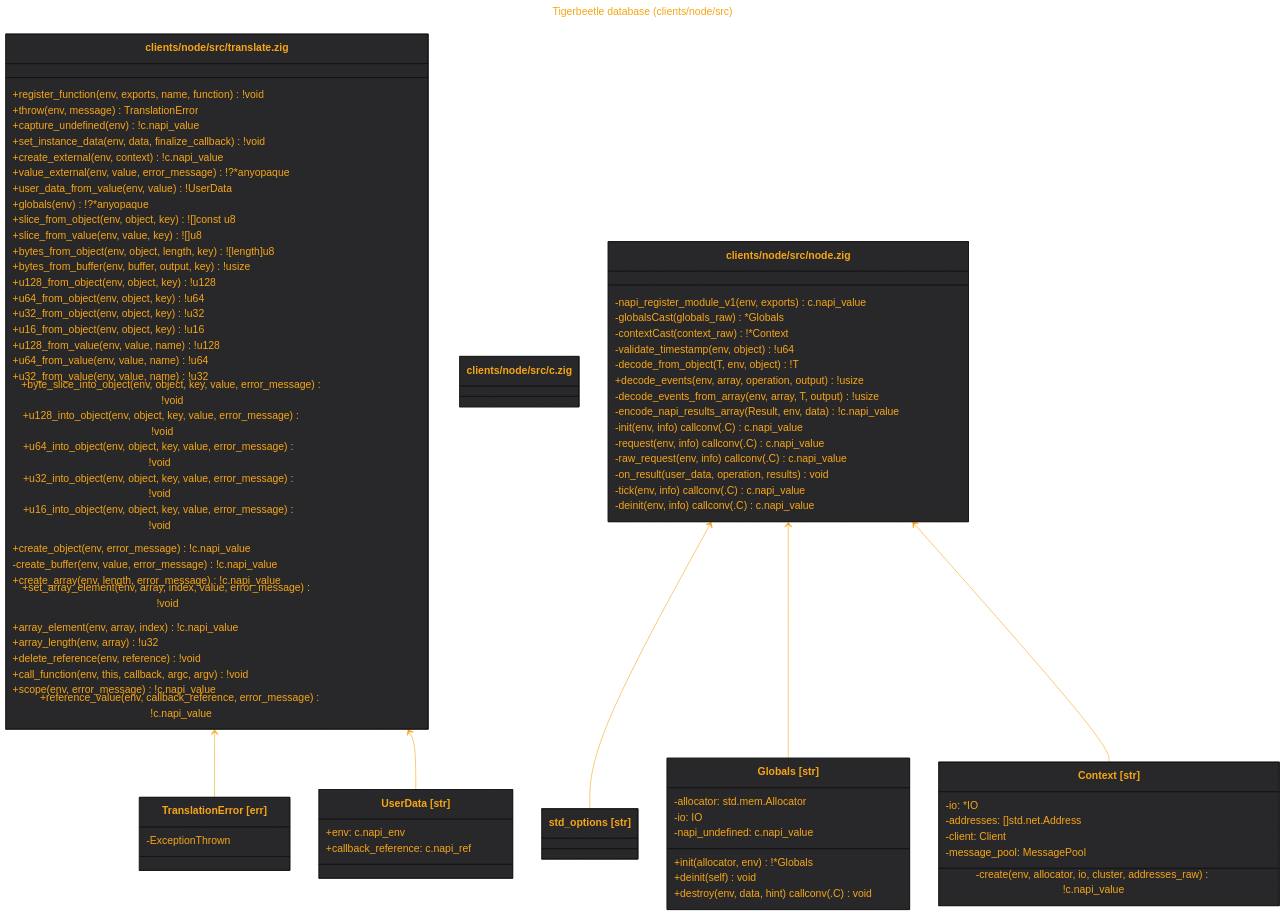
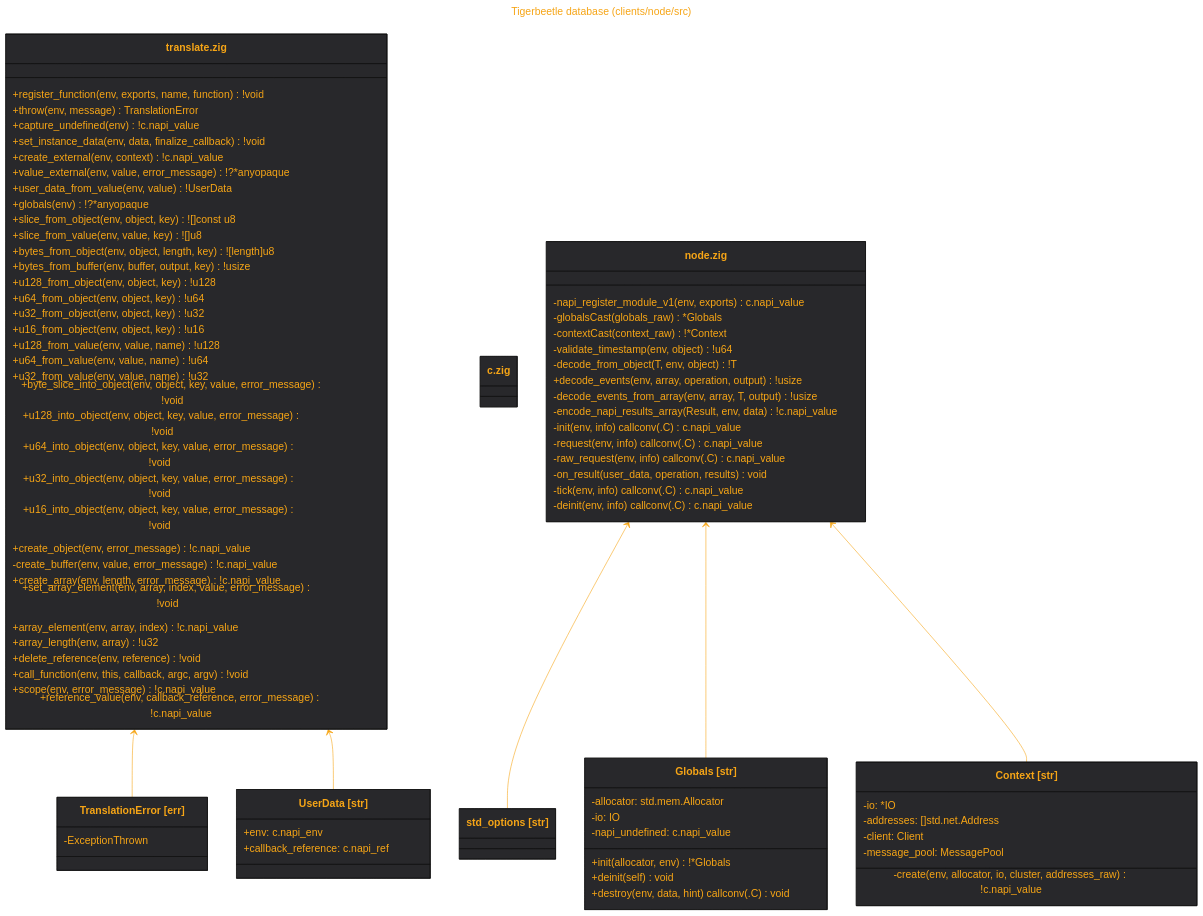
The diagram in out/src.clients.node.src.md (tensorush/meduza), drawn with Mermaid before and after one commit. The commit also changed 21 other files, not shown here.

````diff
--- a/out/src.clients.node.src.md
+++ b/out/src.clients.node.src.md
@@ -24,7 +24,7 @@
     +callback_reference: c.napi_ref
 }
 link UserData "https://github.com/tigerbeetle/tigerbeetle/blob/main/src/clients/node/src/translate.zig#L73"
-class `clients/node/src/translate.zig` {
+class `translate.zig` {
     +register_function(env, exports, name, function) !void
     +throw(env, message) TranslationError
     +capture_undefined(env) !c.napi_value
@@ -60,11 +60,11 @@
     +scope(env, error_message) !c.napi_value
     +reference_value(env, callback_reference, error_message) !c.napi_value
 }
-`clients/node/src/translate.zig` <-- TranslationError
-`clients/node/src/translate.zig` <-- UserData
-link `clients/node/src/translate.zig` "https://github.com/tigerbeetle/tigerbeetle/blob/main/src/clients/node/src/translate.zig"
-class `clients/node/src/c.zig`
-link `clients/node/src/c.zig` "https://github.com/tigerbeetle/tigerbeetle/blob/main/src/clients/node/src/c.zig"
+`translate.zig` <-- TranslationError
+`translate.zig` <-- UserData
+link `translate.zig` "https://github.com/tigerbeetle/tigerbeetle/blob/main/src/clients/node/src/translate.zig"
+class `c.zig`
+link `c.zig` "https://github.com/tigerbeetle/tigerbeetle/blob/main/src/clients/node/src/c.zig"
 class std_options["std_options [str]"]
 link std_options "https://github.com/tigerbeetle/tigerbeetle/blob/main/src/clients/node/src/node.zig#L27"
 class Globals["Globals [str]"] {
@@ -84,7 +84,7 @@
     -create(env, allocator, io, cluster, addresses_raw) !c.napi_value
 }
 link Context "https://github.com/tigerbeetle/tigerbeetle/blob/main/src/clients/node/src/node.zig#L123"
-class `clients/node/src/node.zig` {
+class `node.zig` {
     -napi_register_module_v1(env, exports) c.napi_value
     -globalsCast(globals_raw) *Globals
     -contextCast(context_raw) !*Context
@@ -100,8 +100,8 @@
     -tick(env, info) callconv(.C) c.napi_value
     -deinit(env, info) callconv(.C) c.napi_value
 }
-`clients/node/src/node.zig` <-- std_options
-`clients/node/src/node.zig` <-- Globals
-`clients/node/src/node.zig` <-- Context
-link `clients/node/src/node.zig` "https://github.com/tigerbeetle/tigerbeetle/blob/main/src/clients/node/src/node.zig"
+`node.zig` <-- std_options
+`node.zig` <-- Globals
+`node.zig` <-- Context
+link `node.zig` "https://github.com/tigerbeetle/tigerbeetle/blob/main/src/clients/node/src/node.zig"
 ```
````
